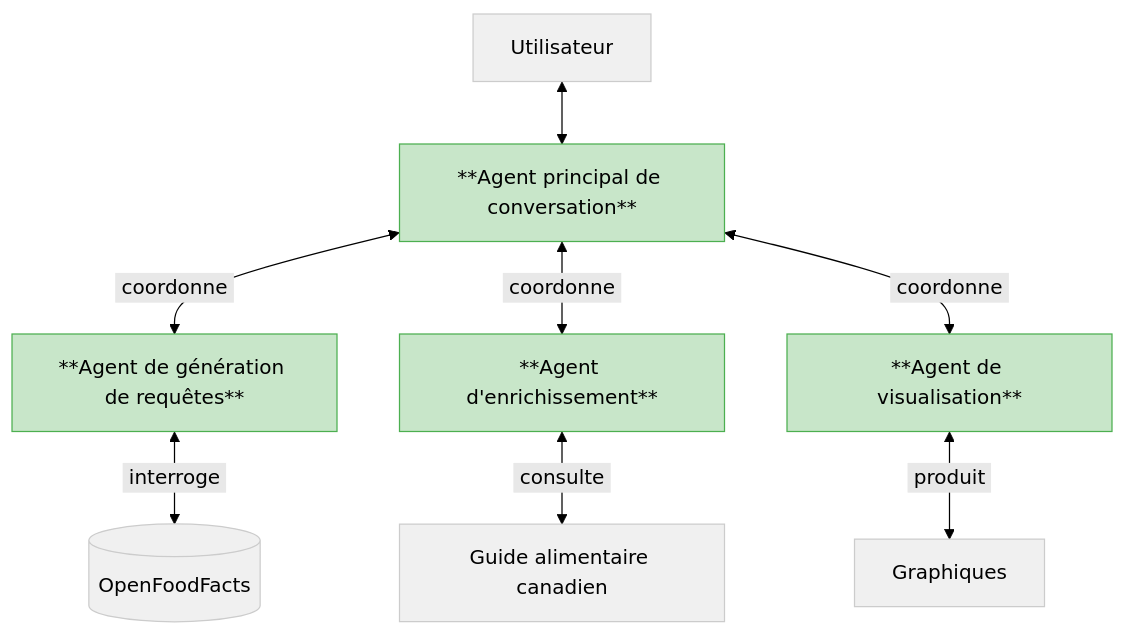
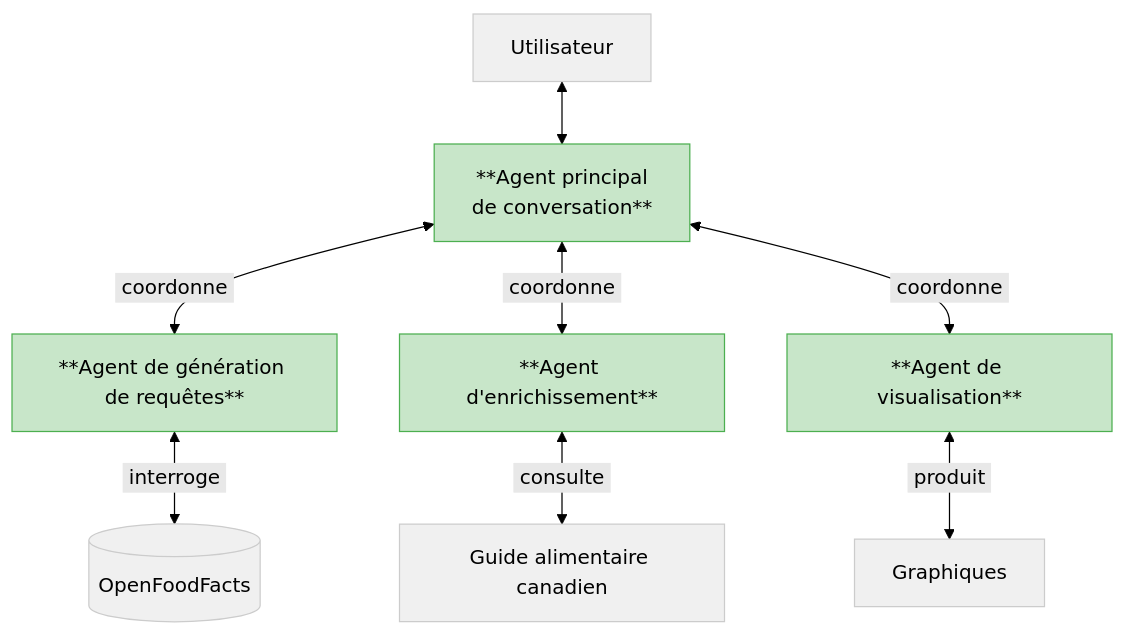
One commit to boisalai/ift-6005 changed the diagram in docs/markdown/plan.md. Above: the diagram before and after it, drawn with Mermaid (forest theme).

````diff
--- a/docs/markdown/plan.md
+++ b/docs/markdown/plan.md
@@ -63,19 +63,19 @@
 ```mermaid
 graph TD
     classDef main fill:#c8e6c9,stroke:#4caf50
     classDef agent fill:#c8e6c9,stroke:#4caf50
     classDef resource fill:#f0f0f0,stroke:#cccccc
 
-    U[Utilisateur] <--> MA[**Agent principal de conversation**]
+    U[Utilisateur] <--> MA[**Agent principal<br>de conversation**]
     MA <-->|&nbsp;coordonne&nbsp;| A1[**Agent de génération de requêtes**]
     MA <-->|&nbsp;coordonne&nbsp;| A2[**Agent d'enrichissement**]
     MA <-->|&nbsp;coordonne&nbsp;| A3[**Agent de visualisation**]
     
     A1 <-->|&nbsp;interroge&nbsp;| DB[(OpenFoodFacts)]
     A2 <-->|&nbsp;consulte&nbsp;| GAC[Guide alimentaire canadien]
     A3 <-->|&nbsp;produit&nbsp;| V[Graphiques]
     
     class MA main
     class A1,A2,A3 agent
     class U,DB,GAC,V resource
 ```
````
